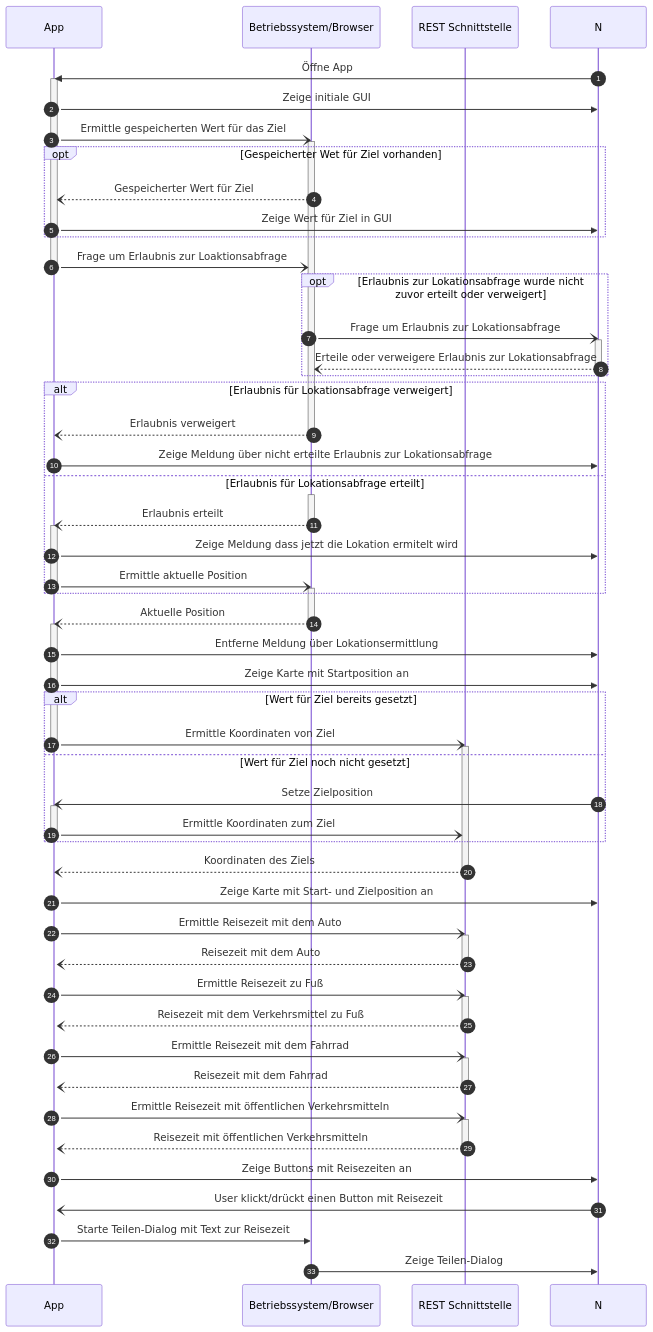
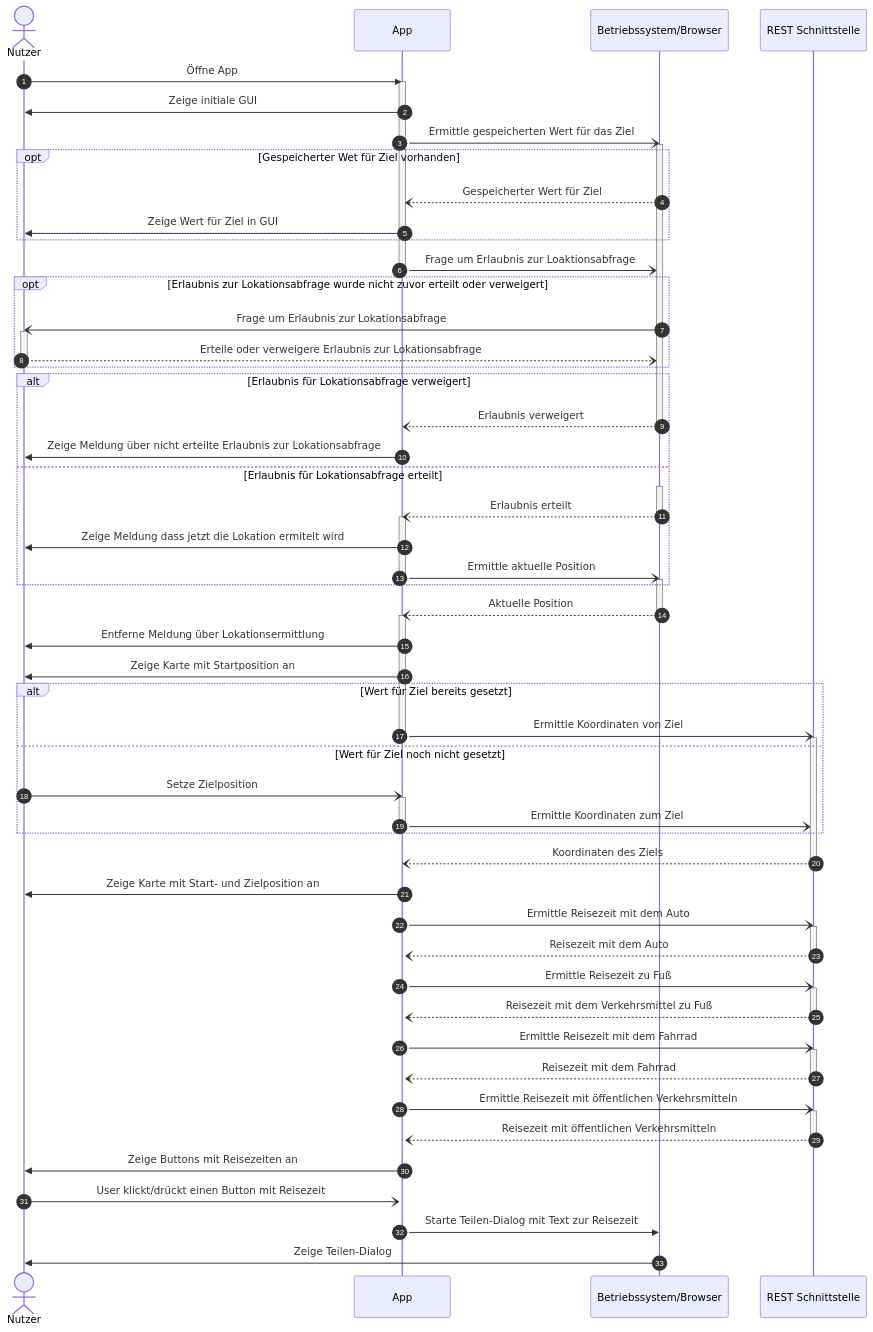
The diagram in docs/prozess_detailliert.mmd (BeneKenobi/take-me-home), drawn with Mermaid before and after one commit.

Commit message:
docs: 📝 change `Nutzer` to participant in prozess_detailliert

```diff
--- a/docs/prozess_detailliert.mmd
+++ b/docs/prozess_detailliert.mmd
@@ -1,75 +1,76 @@
 sequenceDiagram
     autonumber
+    actor N as Nutzer
     participant A as App
     participant B as Betriebssystem/Browser
     participant W as REST Schnittstelle
     N->>A:Öffne App
     activate A
     A->>N:Zeige initiale GUI
     A-)B:Ermittle gespeicherten Wert für das Ziel
     activate B
     opt Gespeicherter Wet für Ziel vorhanden
         B--)A:Gespeicherter Wert für Ziel
         A->>N:Zeige Wert für Ziel in GUI
     end
     A-)B:Frage um Erlaubnis zur Loaktionsabfrage
     deactivate A
     opt Erlaubnis zur Lokationsabfrage wurde nicht zuvor erteilt oder verweigert
         B-)N:Frage um Erlaubnis zur Lokationsabfrage
         activate N
         N--)B:Erteile oder verweigere Erlaubnis zur Lokationsabfrage
         deactivate N
     end
     alt Erlaubnis für Lokationsabfrage verweigert
         B--)A:Erlaubnis verweigert
         deactivate B
         A->>N:Zeige Meldung über nicht erteilte Erlaubnis zur Lokationsabfrage 
     else Erlaubnis für Lokationsabfrage erteilt
         activate B
         B--)A:Erlaubnis erteilt
         deactivate B
         activate A
         A->>N:Zeige Meldung dass jetzt die Lokation ermitelt wird
         A-)B:Ermittle aktuelle Position
         deactivate A
         activate B
     end
     B--)A:Aktuelle Position
     deactivate B
     activate A
     A->>N:Entferne Meldung über Lokationsermittlung
     A->>N:Zeige Karte mit Startposition an
     alt Wert für Ziel bereits gesetzt
         A-)W:Ermittle Koordinaten von Ziel
         deactivate A
         activate W
     else Wert für Ziel noch nicht gesetzt 
         N-)A:Setze Zielposition
         activate A
         A-)W:Ermittle Koordinaten zum Ziel
         deactivate A
     end
     W--)A:Koordinaten des Ziels
     deactivate W
     activate A
     A->>N:Zeige Karte mit Start- und Zielposition an
     A-)W:Ermittle Reisezeit mit dem Auto
     activate W
     W--)A:Reisezeit mit dem Auto
     deactivate W
     A-)W:Ermittle Reisezeit zu Fuß
     activate W
     W--)A:Reisezeit mit dem Verkehrsmittel zu Fuß
     deactivate W
     A-)W:Ermittle Reisezeit mit dem Fahrrad
     activate W
     W--)A:Reisezeit mit dem Fahrrad
     deactivate W
     A-)W:Ermittle Reisezeit mit öffentlichen Verkehrsmitteln
     activate W
     W--)A:Reisezeit mit öffentlichen Verkehrsmitteln
     deactivate W
     A->>N:Zeige Buttons mit Reisezeiten an
     N-)A:User klickt/drückt einen Button mit Reisezeit
     A->>B:Starte Teilen-Dialog mit Text zur Reisezeit
     B->>N:Zeige Teilen-Dialog
```
